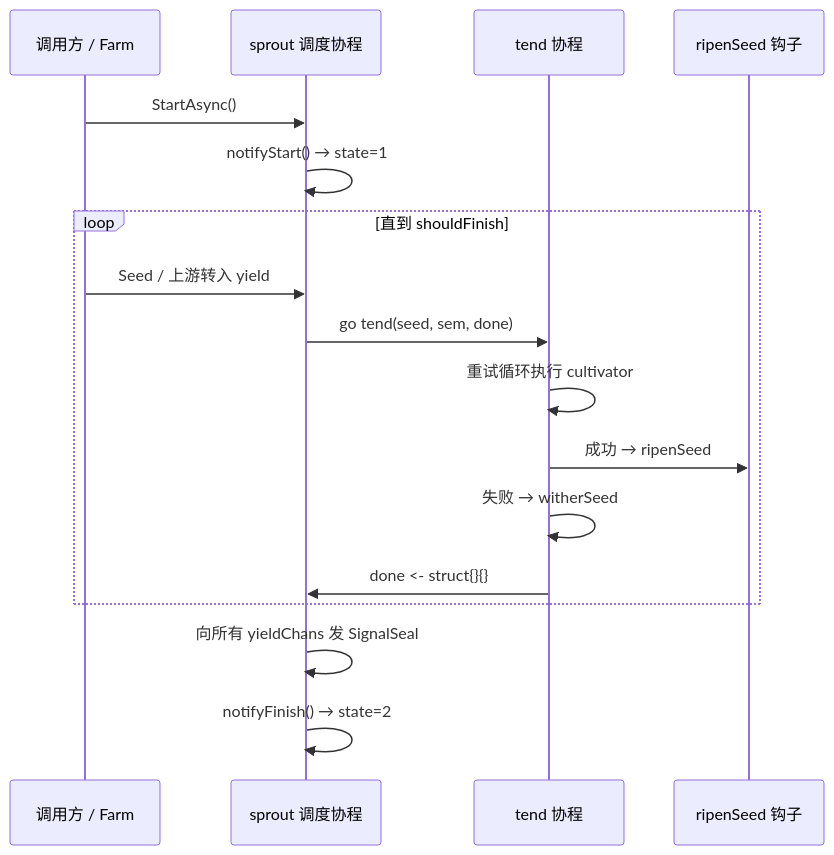
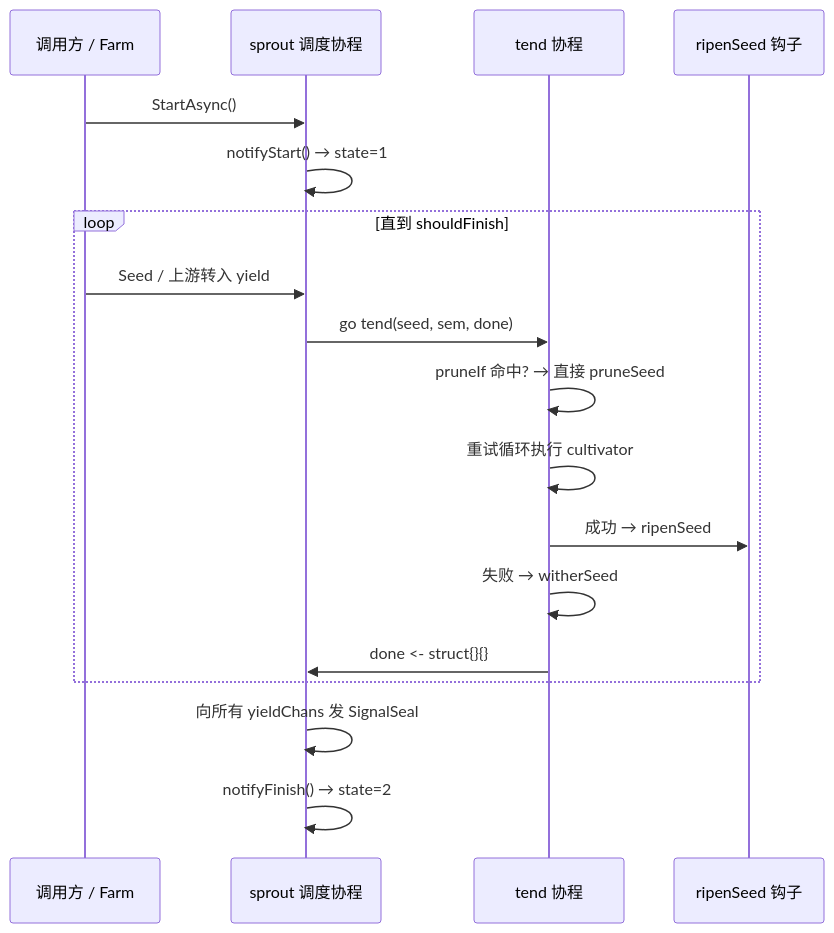
One commit to Mr-xiaotian/CelestialGrow changed the diagram in docs/zh-CN/pkg/plot/plot_base.md. Above: the diagram before and after it, drawn with Mermaid. The commit also changed other lines of this file and 12 other files, not shown here.

````diff
--- a/docs/zh-CN/pkg/plot/plot_base.md
+++ b/docs/zh-CN/pkg/plot/plot_base.md
@@ -204,20 +204,21 @@
 ```mermaid
 sequenceDiagram
     participant C as 调用方 / Farm
     participant SP as sprout 调度协程
     participant T as tend 协程
     participant R as ripenSeed 钩子
 
     C->>SP: StartAsync()
     SP->>SP: notifyStart() → state=1
     loop 直到 shouldFinish
         C->>SP: Seed / 上游转入 yield
         SP->>T: go tend(seed, sem, done)
+        T->>T: pruneIf 命中? → 直接 pruneSeed
         T->>T: 重试循环执行 cultivator
         T->>R: 成功 → ripenSeed
         T->>T: 失败 → witherSeed
         T->>SP: done <- struct{}{}
     end
     SP->>SP: 向所有 yieldChans 发 SignalSeal
     SP->>SP: notifyFinish() → state=2
 ```
````
